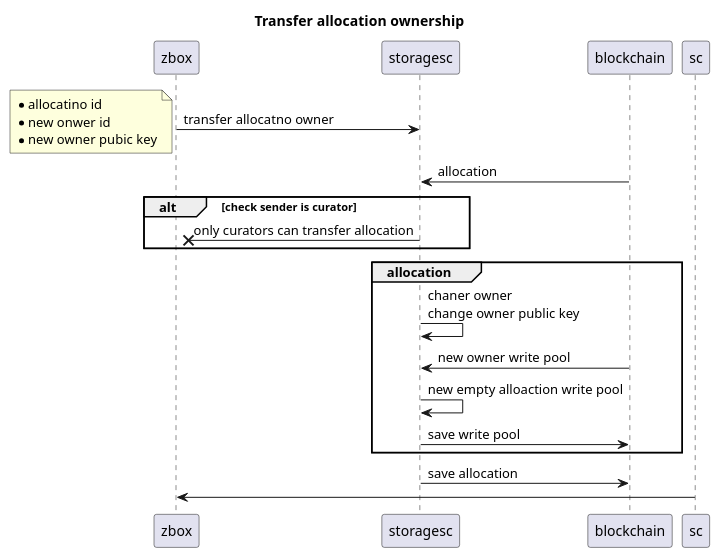
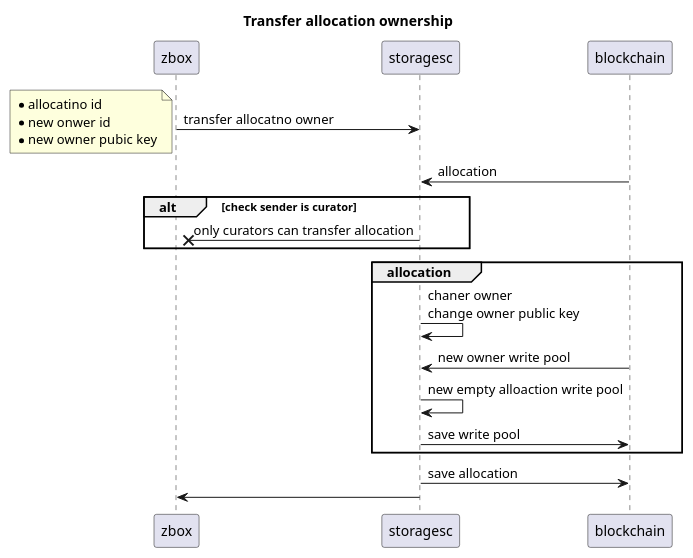
One commit to 0chain/zboxcli changed diagram 18 of 32 in documents/uml.md. Above: the diagram before and after it, drawn with PlantUML. The commit also changed other lines of this file and 1 other file, not shown here.

````diff
--- a/documents/uml.md
+++ b/documents/uml.md
@@ -392,21 +392,21 @@
 ```puml
 title Transfer allocation ownership
 zbox ->storagesc: transfer allocatno owner
 note left
     * allocatino id
     * new onwer id
     * new owner pubic key
 end note
     blockchain ->storagesc: allocation
     alt check sender is curator
        storagesc->x zbox : only curators can transfer allocation
     end
     group allocation
        storagesc->storagesc: chaner owner\nchange owner public key
         blockchain ->storagesc: new owner write pool
        storagesc->storagesc: new empty alloaction write pool
        storagesc-> blockchain : save write pool
     end 
    storagesc-> blockchain : save allocation
-sc -> zbox     
+storagesc -> zbox     
 ``` 
````
